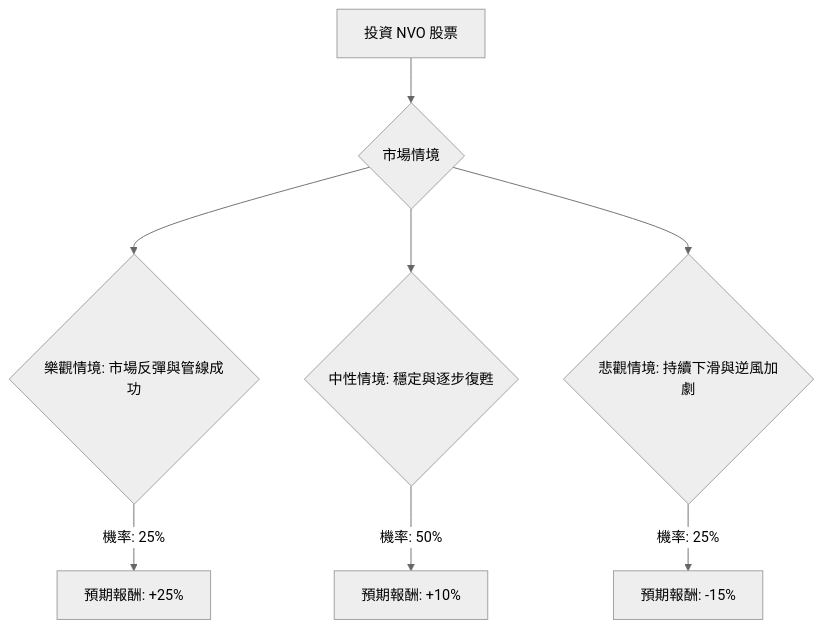
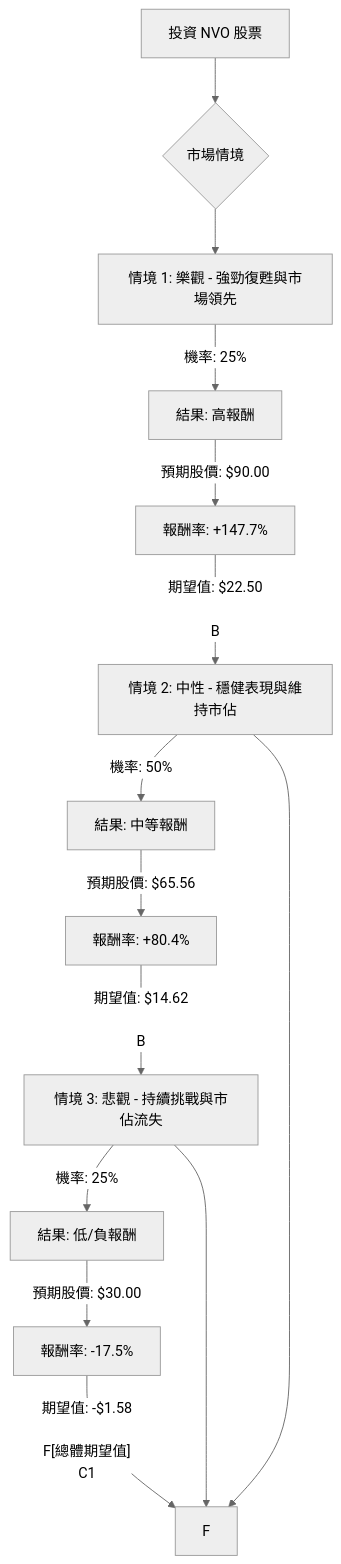
The diagram in plugin-react/ai-analysis/ev-analysis/NVO.md (zmcx16/zmcx16.github.io), drawn with Mermaid (neutral theme) before and after one commit. The commit also changed other lines of this file and 73 other files, not shown here.

````diff
--- a/plugin-react/ai-analysis/ev-analysis/NVO.md
+++ b/plugin-react/ai-analysis/ev-analysis/NVO.md
@@ -17,13 +22,24 @@
 ```mermaid
 graph TD
     A[投資 NVO 股票] --> B{市場情境}
 
-    B --> C{樂觀情境: 市場反彈與管線成功}
-    C -- 機率: 25% --> C1[預期報酬: +25%]
+    B --> C1[情境 1: 樂觀 - 強勁復甦與市場領先]
+    C1 -- 機率: 25% --> D1[結果: 高報酬]
+    D1 -- 預期股價: $90.00 --> E1[報酬率: +147.7%]
+    E1 -- 期望值: $22.50
 
-    B --> D{中性情境: 穩定與逐步復甦}
-    D -- 機率: 50% --> D1[預期報酬: +10%]
+    B --> C2[情境 2: 中性 - 穩健表現與維持市佔]
+    C2 -- 機率: 50% --> D2[結果: 中等報酬]
+    D2 -- 預期股價: $65.56 --> E2[報酬率: +80.4%]
+    E2 -- 期望值: $14.62
 
-    B --> E{悲觀情境: 持續下滑與逆風加劇}
-    E -- 機率: 25% --> E1[預期報酬: -15%]
+    B --> C3[情境 3: 悲觀 - 持續挑戰與市佔流失]
+    C3 -- 機率: 25% --> D3[結果: 低/負報酬]
+    D3 -- 預期股價: $30.00 --> E3[報酬率: -17.5%]
+    E3 -- 期望值: -$1.58
+
+    F[總體期望值]
+    C1 --> F
+    C2 --> F
+    C3 --> F
 ```
````
